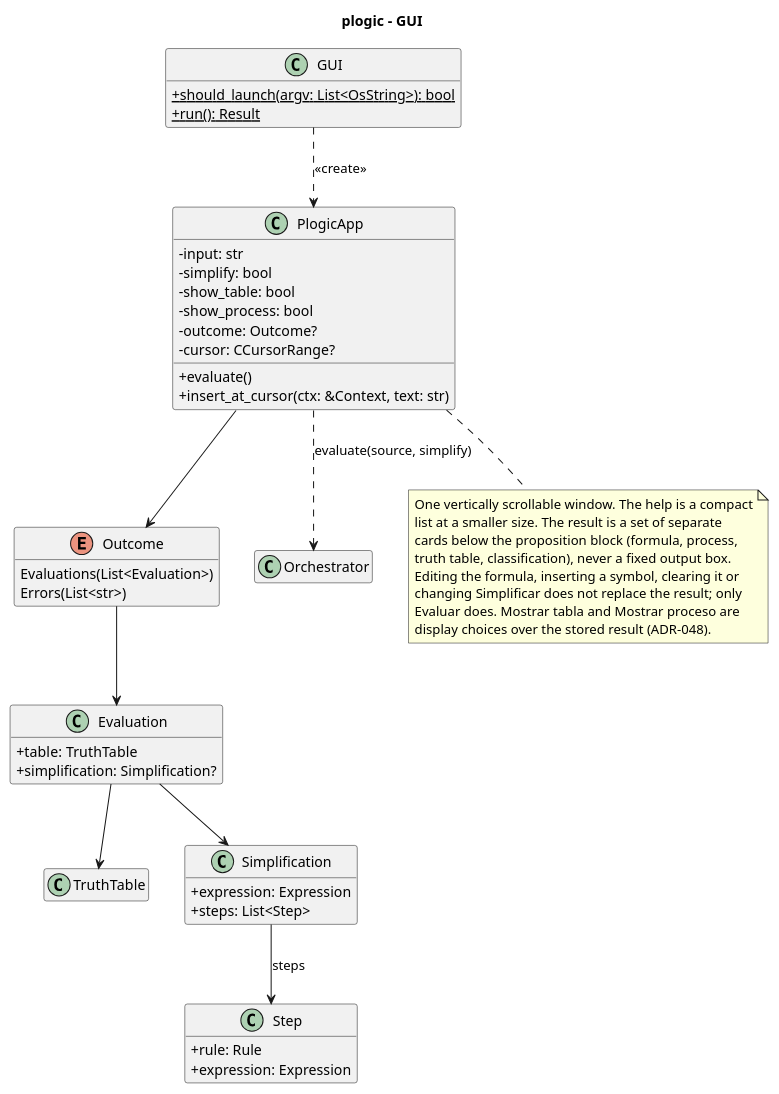
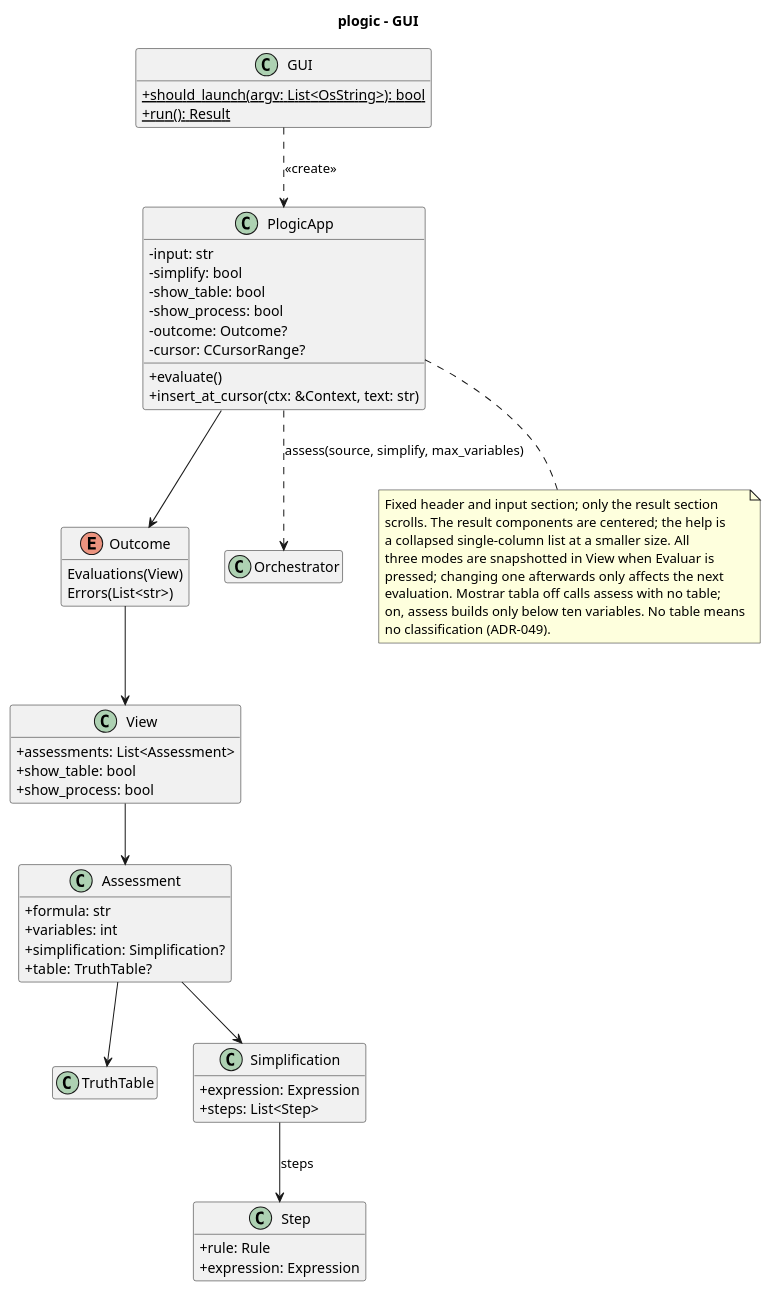
Before and after one commit to Josgtg/plogic: the diagram in design/diagrams/gui_class.puml, drawn with PlantUML. The commit also changed 9 other files, not shown here.

```diff
--- a/design/diagrams/gui_class.puml
+++ b/design/diagrams/gui_class.puml
@@ -1,66 +1,75 @@
 @startuml gui_class
 title plogic - GUI
 
 skinparam classAttributeIconSize 0
 hide empty members
 
 class GUI {
   +{static} should_launch(argv: List<OsString>): bool
   +{static} run(): Result
 }
 
 class PlogicApp {
   -input: str
   -simplify: bool
   -show_table: bool
   -show_process: bool
   -outcome: Outcome?
   -cursor: CCursorRange?
   +evaluate()
   +insert_at_cursor(ctx: &Context, text: str)
 }
 
+class View {
+  +assessments: List<Assessment>
+  +show_table: bool
+  +show_process: bool
+}
+
 enum Outcome {
-  Evaluations(List<Evaluation>)
+  Evaluations(View)
   Errors(List<str>)
 }
 
 class Orchestrator
 
-class Evaluation {
-  +table: TruthTable
+class Assessment {
+  +formula: str
+  +variables: int
   +simplification: Simplification?
+  +table: TruthTable?
 }
 
 class TruthTable
 
 class Simplification {
   +expression: Expression
   +steps: List<Step>
 }
 
 class Step {
   +rule: Rule
   +expression: Expression
 }
 
 note bottom of PlogicApp
-  One vertically scrollable window. The help is a compact
-  list at a smaller size. The result is a set of separate
-  cards below the proposition block (formula, process,
-  truth table, classification), never a fixed output box.
-  Editing the formula, inserting a symbol, clearing it or
-  changing Simplificar does not replace the result; only
-  Evaluar does. Mostrar tabla and Mostrar proceso are
-  display choices over the stored result (ADR-048).
+  Fixed header and input section; only the result section
+  scrolls. The result components are centered; the help is
+  a collapsed single-column list at a smaller size. All
+  three modes are snapshotted in View when Evaluar is
+  pressed; changing one afterwards only affects the next
+  evaluation. Mostrar tabla off calls assess with no table;
+  on, assess builds only below ten variables. No table means
+  no classification (ADR-049).
 end note
 
 GUI ..> PlogicApp : <<create>>
 PlogicApp --> Outcome
-PlogicApp ..> Orchestrator : evaluate(source, simplify)
-Outcome --> Evaluation
-Evaluation --> TruthTable
-Evaluation --> Simplification
+Outcome --> View
+View --> Assessment
+PlogicApp ..> Orchestrator : assess(source, simplify, max_variables)
+Assessment --> TruthTable
+Assessment --> Simplification
 Simplification --> Step : steps
 
 @enduml
```
